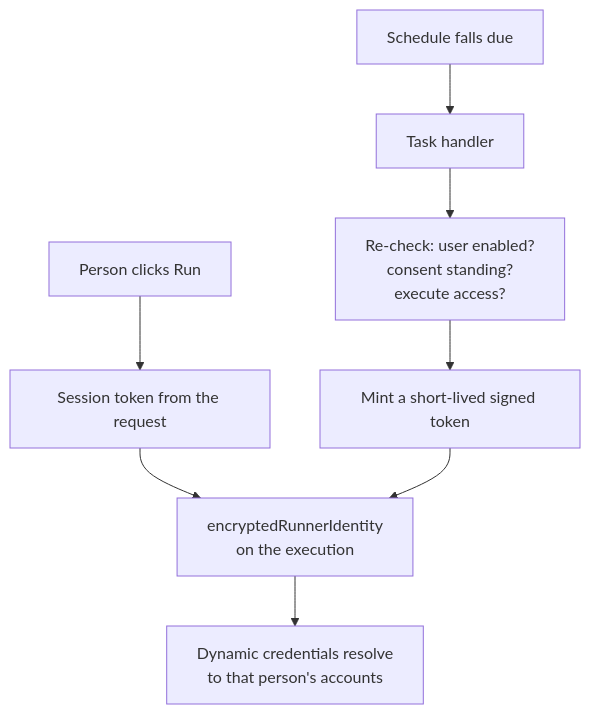
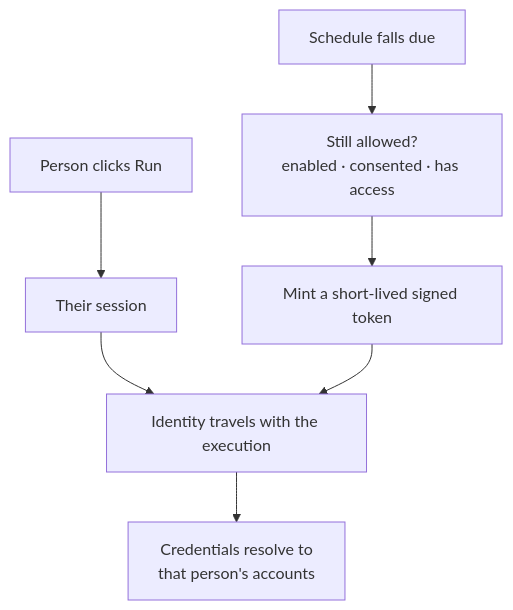
Before and after one commit to mayankjain1815-commits/n8n: the diagram in docs/workflow-catalog.md, drawn with Mermaid. The commit also changed other lines of this file, not shown here.

First line of the commit message:
docs: Tighten the catalog's identity section

````diff
--- a/docs/workflow-catalog.md
+++ b/docs/workflow-catalog.md
@@ -99,10 +99,9 @@
 ```mermaid
 flowchart TD
-    R["Person clicks Run"] --> RS["Session token from the request"]
-    S["Schedule falls due"] --> H["Task handler"]
-    H --> C["Re-check: user enabled?<br/>consent standing?<br/>execute access?"]
+    R["Person clicks Run"] --> RS["Their session"]
+    S["Schedule falls due"] --> C["Still allowed?<br/>enabled · consented · has access"]
     C --> M["Mint a short-lived signed token"]
-    RS --> X["encryptedRunnerIdentity<br/>on the execution"]
+    RS --> X["Identity travels with the execution"]
     M --> X
-    X --> D["Dynamic credentials resolve<br/>to that person's accounts"]
+    X --> D["Credentials resolve to<br/>that person's accounts"]
 ```
````
